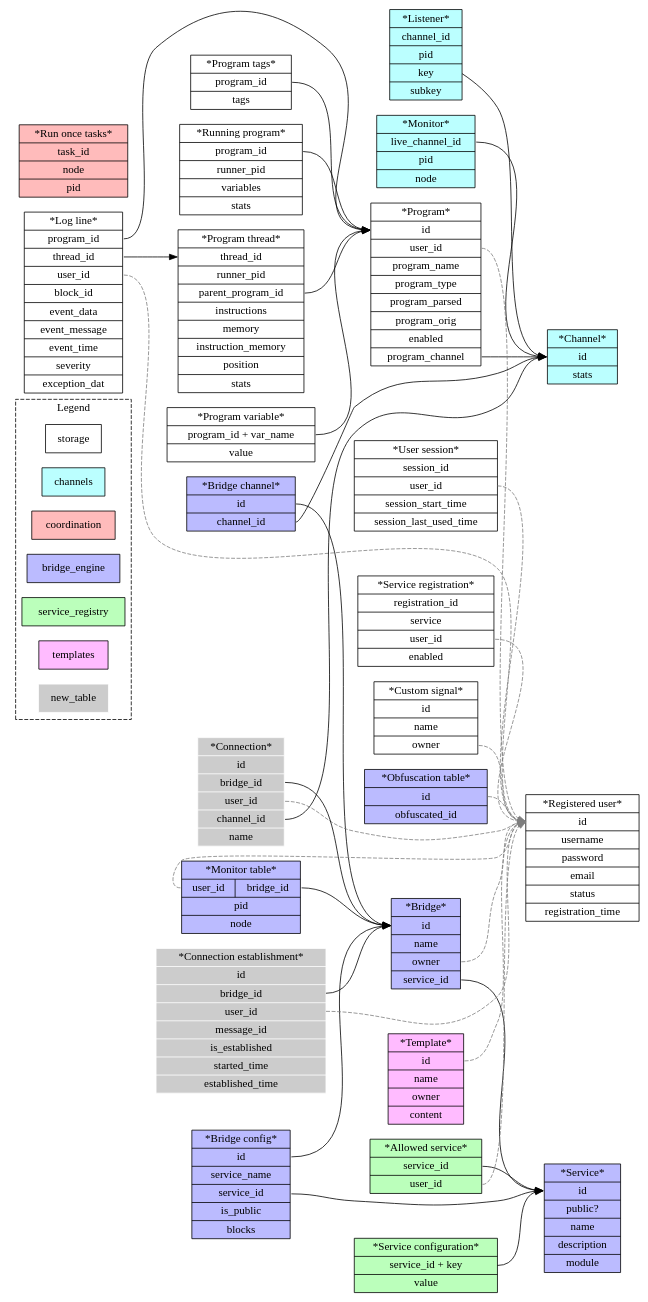
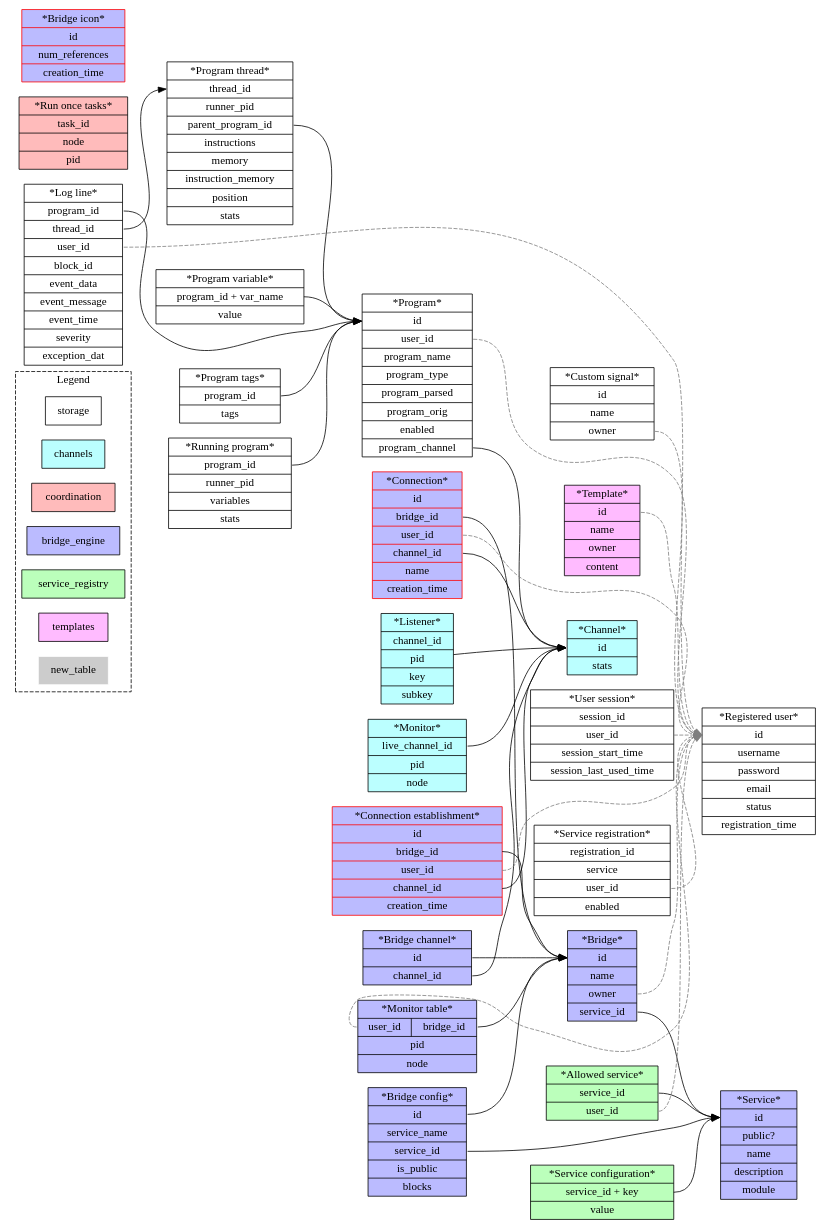
One commit to programaker-project/Programaker-Core changed the diagram in docs/diagrams/db-model.gv. Above: the diagram before and after it, drawn with Graphviz.

Commit message:
Document the replacement of the obfuscation table with the connection tables.

```diff
--- a/docs/diagrams/db-model.gv
+++ b/docs/diagrams/db-model.gv
@@ -1,166 +1,166 @@
 digraph g {
   rankdir=LR
   node[shape=record];
   style=dashed;
 
   subgraph cluster_legend {
     label="Legend"
 
     storage;
     channels[style=filled,fillcolor="#bbffff"];
     coordination[style=filled,fillcolor="#ffbbbb"]
     bridge_engine[style=filled,fillcolor="#bbbbff"];
     service_registry[style=filled,fillcolor="#bbffbb"]
     templates[style=filled,fillcolor="#ffbbff"]
 
     new_table[style=filled,fillcolor="#cccccc",color=white]
     // modified_table[shape=octagon] // Not used
   }
 
 
   subgraph group_core_channels {
     label="Channels";
     node[style=filled,fillcolor="#bbffff"];
 
 
     // LIVE_CHANNELS_TABLE | automate_channel_engine_live_channels_table
     live_channels_table_entry[label="*Channel* | <pk> id | stats"];
 
     // LISTENERS_TABLE | automate_channel_engine_listeners_table
     listeners_table_entry[label="*Listener*| <f0> channel_id | pid | key | subkey"];
     listeners_table_entry -> live_channels_table_entry:pk;
 
     // MONITORS_TABLE | automate_channel_engine_monitors_table
     monitors_table_entry[label="*Monitor* | <f0> live_channel_id | pid | node"];
     monitors_table_entry:f0 -> live_channels_table_entry:pk;
   }
 
   subgraph group_core_storage {
     label="Storage";
 
     // REGISTERED_USERS_TABLE | automate_registered_users
     registered_user_entry[label="*Registered user* | <pk> id | username | password | email | status | registration_time"];
 
     // USER_SESSIONS_TABLE | automate_user_sessions
     user_session_entry[label="*User session* | <pk> session_id | <f0> user_id | session_start_time | session_last_used_time"];
     user_session_entry:f0 -> registered_user_entry:pk[style=dashed,color="#7f7f7f"];
 
     // // USER_MONITORS_TABLE | automate_user_monitors
     // monitor_entry[label="*Monitor entry* | <pk> id | <f0> user_id | type | name | value"];
 
     // monitor_entry:f0 -> registered_user_entry:pk[style=dashed,color="#7f7f7f"];
 
     // USER_PROGRAMS_TABLE | automate_user_programs
     user_program_entry[label="*Program* | <pk> id | <f0> user_id | program_name | program_type | program_parsed | program_orig | enabled | <f1> program_channel"];
     user_program_entry:f0 -> registered_user_entry:pk[style=dashed,color="#7f7f7f"];
     user_program_entry:f1 -> live_channels_table_entry:pk;
 
     // USER_PROGRAMS_LOGS_TABLE | automate_user_program_logs
     user_program_logs_entry[label="*Log line* | <f0> program_id | <f1> thread_id | <f2> user_id | block_id | event_data | event_message | event_time | severity | exception_dat"];
     user_program_logs_entry:f0 -> user_program_entry:pk;
     user_program_logs_entry:f2 -> registered_user_entry:pk[style=dashed,color="#7f7f7f"];
 
     // PROGRAM_TAGS_TABLE | automate_program_tags
     program_tags_entry[label="*Program tags* | <f0> program_id | tags"];
     program_tags_entry:f0 -> user_program_entry:pk;
 
     // RUNNING_PROGRAMS_TABLE | automate_running_programs
     running_program_entry[label="*Running program*| <f0> program_id | runner_pid | variables | stats"];
     running_program_entry:f0 -> user_program_entry:pk;
 
     // RUNNING_THREADS_TABLE | automate_running_program_threads
     running_program_thread_entry[label="*Program thread* | <pk> thread_id | runner_pid | <f0> parent_program_id | instructions | memory | instruction_memory | position | stats"];
     user_program_logs_entry:f1 -> running_program_thread_entry:pk;
     running_program_thread_entry:f0 -> user_program_entry:pk;
 
     // REGISTERED_SERVICES_TABLE | automate_registered_services
     registered_service_entry[label="*Service registration* | <pk> registration_id | <f0> service |  <f1> user_id | enabled"];
     registered_service_entry:f1 -> registered_user_entry:pk[style=dashed,color="#7f7f7f"];
 
     // PROGRAM_VARIABLE_TABLE | automate_program_variable_table
     program_variable_table_entry[label="*Program variable* | <f0> program_id + var_name | value"];
     program_variable_table_entry:f0 -> user_program_entry:pk;  // Not sure if user program or running program
 
     // CUSTOM_SIGNALS_TABLE | automate_custom_signals_table
     custom_signal_entry[label="*Custom signal* | <pk> id | name | <f0> owner"];
     custom_signal_entry:f0 -> registered_user_entry:pk[style=dashed,color="#7f7f7f"];
   }
 
   subgraph group_coordination {
     label="Coordination";
     node[style=filled,fillcolor="#ffbbbb"];
 
     // RUN_ONCE_TASKS_TABLE | automate_coordination_run_once_tasks
     run_once_tasks_table_entry[label="*Run once tasks* | <pk> task_id | node | pid"]
   }
 
   subgraph group_bridges {
     label="Bridge engine";
 
     node[style=filled,fillcolor="#bbbbff"]
 
     // SERVICE_PORT_TABLE | automate_service_port_table
     service_port_entry[label="*Bridge* | <pk> id | name | <f0> owner | <f1> service_id"]
     service_port_entry:f0 -> registered_user_entry:pk[style=dashed,color="#7f7f7f"];
     service_port_entry:f1 -> services_table_entry:pk;
 
     // SERVICE_PORT_CONFIGURATION_TABLE | automate_service_port_configuration_table
     service_port_configuration[label="*Bridge config* | <pk> id | service_name | <f0> service_id | is_public | blocks"]
     service_port_configuration:pk -> service_port_entry:pk;
     service_port_configuration:f0 -> services_table_entry:pk
 
 
-    // SERVICE_PORT_USERID_OBFUSCATION_TABLE | automate_service_port_userid_obfuscation_table
-    service_port_user_obfusction_entry[label="*Obfuscation table* | <pk> id | <f0> obfuscated_id"]
-    service_port_user_obfusction_entry:pk -> registered_user_entry:pk[style=dashed,color="#7f7f7f"];
-
     // SERVICE_PORT_CHANNEL_TABLE | automate_service_port_channel_table
     service_port_monitor_channel_entry[label="*Bridge channel* | <pk> id | <f0> channel_id"]
     service_port_monitor_channel_entry:pk -> service_port_entry:pk;
     service_port_monitor_channel_entry:f0 -> live_channels_table_entry:pk;
 
     // SERVICE_PORT_CHANNEL_MONITORS_TABLE | automate_service_port_channel_monitors_table
     channel_monitor_table_entry[label="*Monitor table* | {<f0> user_id|<f1> bridge_id} | pid | node"]
     channel_monitor_table_entry:f0 -> registered_user_entry:pk[style=dashed,color="#7f7f7f"];
     channel_monitor_table_entry:f1 -> service_port_entry:pk
 
 
-    connection_entry[style=filled,fillcolor="#cccccc",color=white,
-                     label="*Connection* | <pk> id | <f0> bridge_id | <f1> user_id | <f2> channel_id | name"]
+    connection_entry[color=red,
+                     label="*Connection* | <pk> id | <f0> bridge_id | <f1> user_id | <f2> channel_id | name | creation_time"]
     connection_entry:f0 -> service_port_entry:pk
     connection_entry:f1 -> registered_user_entry:pk[style=dashed,color="#7f7f7f"];
     connection_entry:f2 -> live_channels_table_entry:pk
     // Connection data might store data from the bridges
 
-    connection_establishment_entry[style=filled,fillcolor="#cccccc",color=white,
-                                   label="*Connection establishment* | <pk> id | <f0> bridge_id | <f1> user_id | message_id | is_established | started_time | established_time"]
-    connection_establishment_entry:f0 -> service_port_entry:pk
-    connection_establishment_entry:f1 -> registered_user_entry:pk[style=dashed,color="#7f7f7f"];
-}
+    pending_connection_entry[color=red,
+                                   label="*Connection establishment* | <pk> id | <f0> bridge_id | <f1> user_id | <f2> channel_id | creation_time"]
+    pending_connection_entry:f0 -> service_port_entry:pk
+    pending_connection_entry:f1 -> registered_user_entry:pk[style=dashed,color="#7f7f7f"];
+    pending_connection_entry:f2 -> live_channels_table_entry:pk
+
+    bridge_icon_entry[color=red,
+                      label="*Bridge icon* | <pk> id | num_references | creation_time"]
+  }
 
   subgraph group_core_services {
     label="Service registry";
     node[style=filled,fillcolor="#bbffbb"]
 
     // SERVICE_REGISTRY_TABLE | automate_service_registry_services_table
     services_table_entry[label="*Service* | <pk> id | public? | name | description | module"];
 
     // USER_SERVICE_ALLOWANCE_TABLE | automate_service_registry_user_service_allowance_table
     user_service_allowance_entry[label="*Allowed service*| <f0> service_id | <f1> user_id"];
     user_service_allowance_entry:f0 -> services_table_entry:pk;
     user_service_allowance_entry:f1 -> registered_user_entry:pk[style=dashed,color="#7f7f7f"];
 
     // SERVICE_CONFIGURATION_TABLE | automate_service_registry_service_configuration_table
     service_configuration_entry[label="*Service configuration* | <pk> service_id + key | value "];
     service_configuration_entry:pk -> services_table_entry:pk;
   }
 
   subgraph group_core_template_engine {
     label="Template engine"
     node[style=filled,fillcolor="#ffbbff"]
 
     // TEMPLATE_TABLE | automate_template_engine_templates_table
     template_entry[label="*Template* | <pk> id | name | <f0> owner | content"]
     template_entry:pk -> registered_user_entry:pk[style=dashed,color="#7f7f7f"];
   }
 }
```
